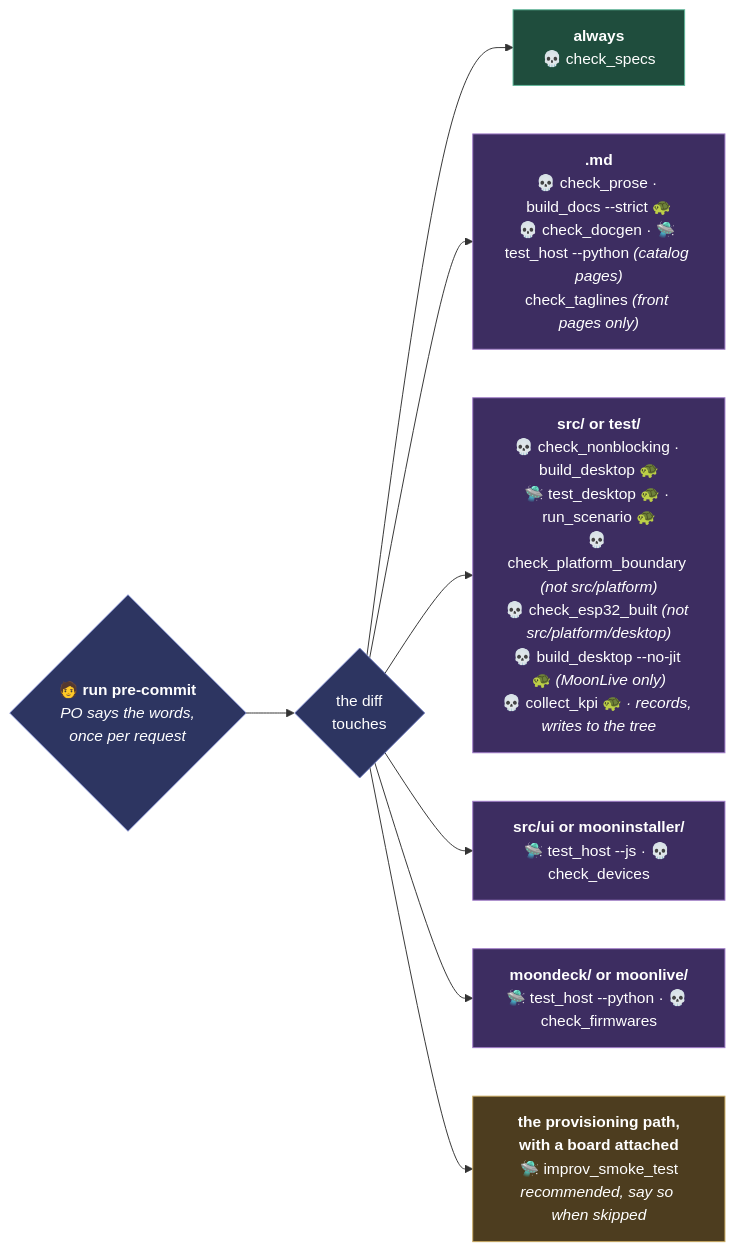
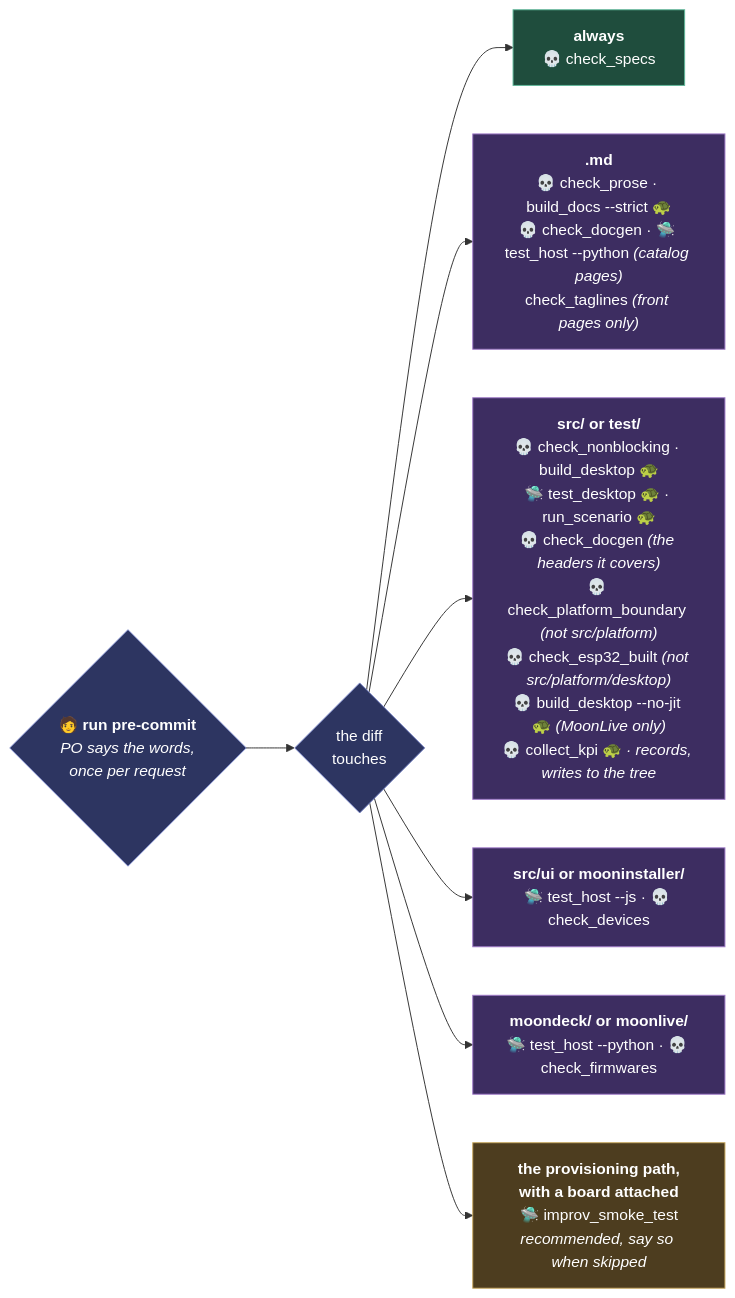
Before and after one commit to Gohnnyman/projectMM: the fourth of 6 diagrams in CLAUDE.md, drawn with Mermaid. The commit also changed 52 other files, not shown here.

````diff
--- a/CLAUDE.md
+++ b/CLAUDE.md
@@ -182,23 +182,23 @@
 ```mermaid
 flowchart LR
     pc{"<b>🧑 run pre-commit</b><br/><i>PO says the words,<br/>once per request</i>"}
     diff{"the diff<br/>touches"}
     pc --> diff
     always["<b>always</b><br/>💀 check_specs"]
     md["<b>.md</b><br/>💀 check_prose · build_docs --strict 🐢<br/>💀 check_docgen · 🛸 test_host --python <i>(catalog pages)</i><br/>check_taglines <i>(front pages only)</i>"]
-    code["<b>src/ or test/</b><br/>💀 check_nonblocking · build_desktop 🐢<br/>🛸 test_desktop 🐢 · run_scenario 🐢<br/>💀 check_platform_boundary <i>(not src/platform)</i><br/>💀 check_esp32_built <i>(not src/platform/desktop)</i><br/>💀 build_desktop --no-jit 🐢 <i>(MoonLive only)</i><br/>💀 collect_kpi 🐢 <i>· records, writes to the tree</i>"]
+    code["<b>src/ or test/</b><br/>💀 check_nonblocking · build_desktop 🐢<br/>🛸 test_desktop 🐢 · run_scenario 🐢<br/>💀 check_docgen <i>(the headers it covers)</i><br/>💀 check_platform_boundary <i>(not src/platform)</i><br/>💀 check_esp32_built <i>(not src/platform/desktop)</i><br/>💀 build_desktop --no-jit 🐢 <i>(MoonLive only)</i><br/>💀 collect_kpi 🐢 <i>· records, writes to the tree</i>"]
     web["<b>src/ui or mooninstaller/</b><br/>🛸 test_host --js · 💀 check_devices"]
     py["<b>moondeck/ or moonlive/</b><br/>🛸 test_host --python · 💀 check_firmwares"]
     board["<b>the provisioning path,<br/>with a board attached</b><br/>🛸 improv_smoke_test<br/><i>recommended, say so when skipped</i>"]
 
     diff --> always & md & code & web & py & board
 
     classDef po fill:#2d3561,stroke:#7b88c9,color:#fff
     classDef check fill:#1f4d3d,stroke:#5fb89a,color:#fff
     classDef agent fill:#3d2d61,stroke:#a07bc9,color:#fff
     classDef gate fill:#4d3d1f,stroke:#c9a95f,color:#fff
     class diff,pc po
     class always check
     class md,code,web,py agent
     class board gate
 ```
````
